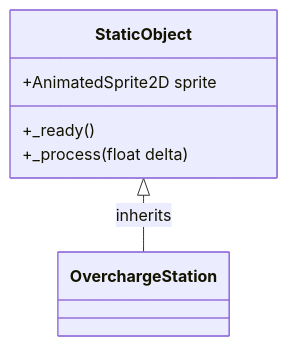
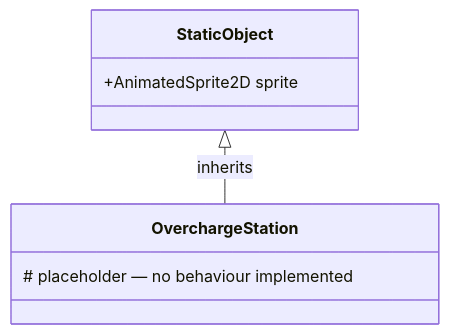
One commit to safwan-ds/AstroDodge changed the tenth of 12 diagrams in docs/classes.md. Above: the diagram before and after it, drawn with Mermaid. The commit also changed other lines of this file and 10 other files, not shown here.

````diff
--- a/docs/classes.md
+++ b/docs/classes.md
@@ -144,12 +220,11 @@
 ```mermaid
 classDiagram
+    class StaticObject{
+        +AnimatedSprite2D sprite
+    }
+
+    class OverchargeStation{
+        # placeholder — no behaviour implemented
+    }
     StaticObject <|-- OverchargeStation : inherits
-    class StaticObject {
-        +AnimatedSprite2D sprite
-        +_ready()
-        +_process(float delta)
-    }
-    class OverchargeStation {
-
-    }
 ```
````
